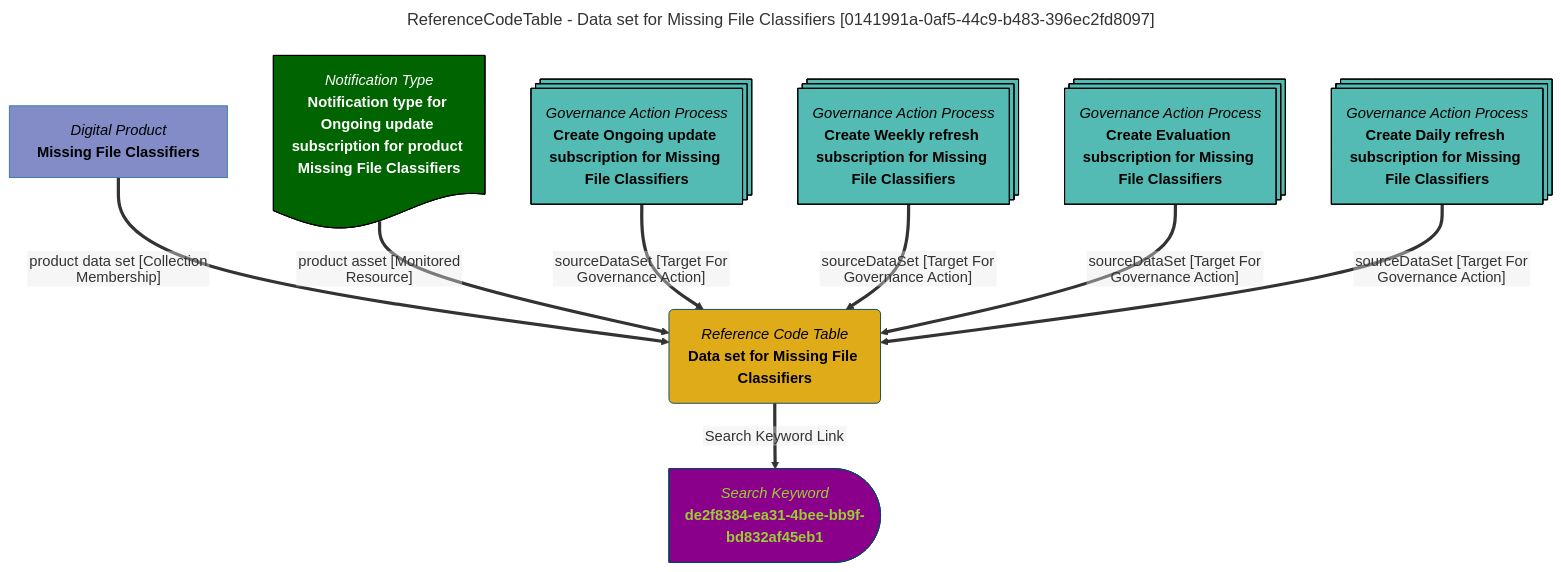
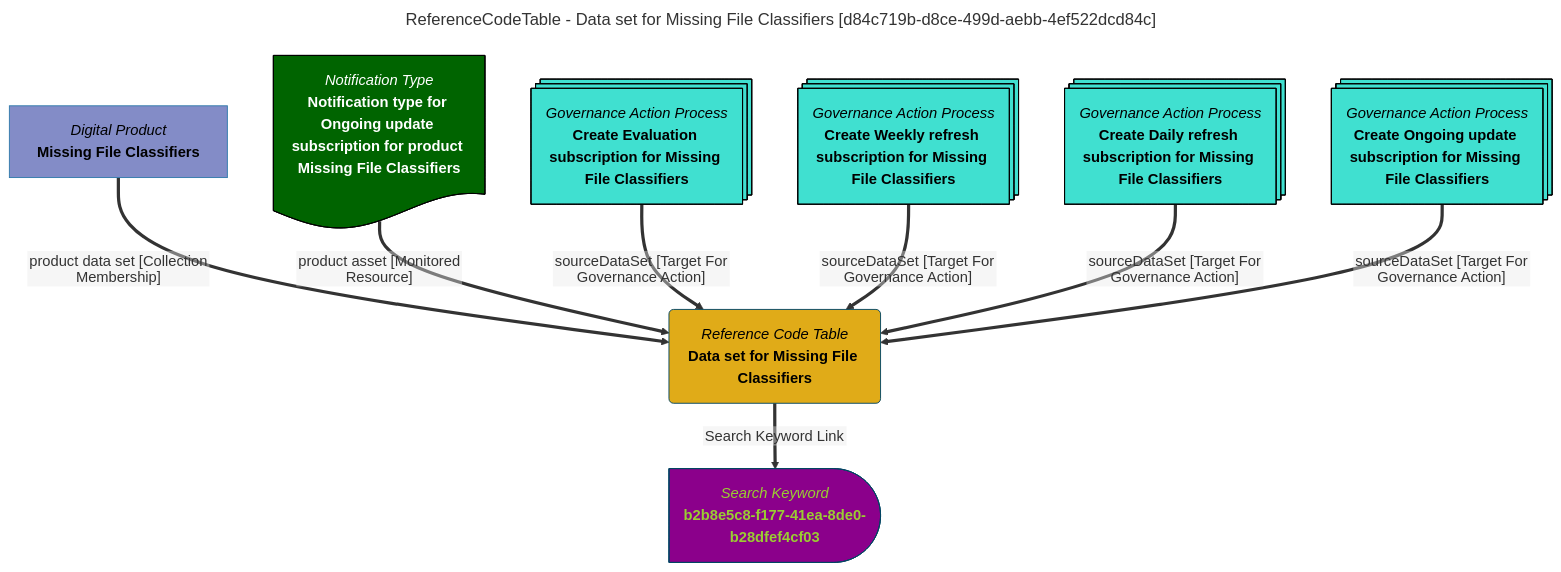
Before and after one commit to odpi/egeria-docs: the diagram in site/snippets/data-assets/data-set-for-missing-file-classifiers-mermaid-graph.md, drawn with Mermaid. The commit also changed 2201 other files, not shown here.

````diff
--- a/site/snippets/data-assets/data-set-for-missing-file-classifiers-mermaid-graph.md
+++ b/site/snippets/data-assets/data-set-for-missing-file-classifiers-mermaid-graph.md
@@ -1,39 +1,39 @@
 ```mermaid
 ---
-title: ReferenceCodeTable - Data set for Missing File Classifiers [0141991a-0af5-44c9-b483-396ec2fd8097]
+title: ReferenceCodeTable - Data set for Missing File Classifiers [d84c719b-d8ce-499d-aebb-4ef522dcd84c]
 ---
 flowchart TD
 %%{init: {"flowchart": {"htmlLabels": false}} }%%
 
 1@{ shape: rounded, label: "*Reference Code Table*
 **Data set for Missing File Classifiers**"}
 2@{ shape: delay, label: "*Search Keyword*
-**de2f8384-ea31-4bee-bb9f-bd832af45eb1**"}
+**b2b8e5c8-f177-41ea-8de0-b28dfef4cf03**"}
 1==>|"Search Keyword Link"|2
 3@{ shape: rect, label: "*Digital Product*
 **Missing File Classifiers**"}
 3==>|"product data set [Collection Membership]"|1
 4@{ shape: doc, label: "*Notification Type*
 **Notification type for Ongoing update subscription for product Missing File Classifiers**"}
 4==>|"product asset [Monitored Resource]"|1
 5@{ shape: processes, label: "*Governance Action Process*
-**Create Ongoing update subscription for Missing File Classifiers**"}
+**Create Evaluation subscription for Missing File Classifiers**"}
 5==>|"sourceDataSet [Target For Governance Action]"|1
 6@{ shape: processes, label: "*Governance Action Process*
 **Create Weekly refresh subscription for Missing File Classifiers**"}
 6==>|"sourceDataSet [Target For Governance Action]"|1
 7@{ shape: processes, label: "*Governance Action Process*
-**Create Evaluation subscription for Missing File Classifiers**"}
+**Create Daily refresh subscription for Missing File Classifiers**"}
 7==>|"sourceDataSet [Target For Governance Action]"|1
 8@{ shape: processes, label: "*Governance Action Process*
-**Create Daily refresh subscription for Missing File Classifiers**"}
+**Create Ongoing update subscription for Missing File Classifiers**"}
 8==>|"sourceDataSet [Target For Governance Action]"|1
 style 1 color:#000000, fill:#e0ab18, stroke:#004563
-style 2 color:#9acd32, fill:#8b008b, stroke:#004563
+style 2 color:#9ACD32, fill:#8B008B, stroke:#004563
 style 3 color:#000000, fill:#838cc7, stroke:#3079ab
 style 4 color:#FFFFFF, fill:#006400, stroke:#000000
-style 5 color:#000000, fill:#53bbb4, stroke:#000000
-style 6 color:#000000, fill:#53bbb4, stroke:#000000
-style 7 color:#000000, fill:#53bbb4, stroke:#000000
-style 8 color:#000000, fill:#53bbb4, stroke:#000000
+style 5 color:#000000, fill:#40E0D0, stroke:#000000
+style 6 color:#000000, fill:#40E0D0, stroke:#000000
+style 7 color:#000000, fill:#40E0D0, stroke:#000000
+style 8 color:#000000, fill:#40E0D0, stroke:#000000
 ```
````
